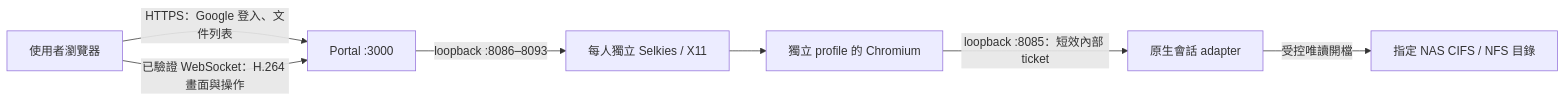
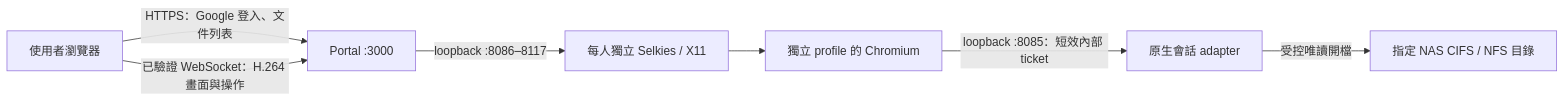
The diagram in docs/UNRAID_SELKIES.zh-TW.md (MacacaGames/OpenPencil-Viewer), drawn with Mermaid before and after one commit. The commit also changed other lines of this file and 25 other files, not shown here.

````diff
--- a/docs/UNRAID_SELKIES.zh-TW.md
+++ b/docs/UNRAID_SELKIES.zh-TW.md
@@ -49,9 +49,9 @@
 ```mermaid
 flowchart LR
   B[使用者瀏覽器] -->|HTTPS：Google 登入、文件列表| P[Portal :3000]
   B -->|已驗證 WebSocket：H.264 畫面與操作| P
-  P -->|loopback :8086–8093| S[每人獨立 Selkies / X11]
+  P -->|loopback :8086–8117| S[每人獨立 Selkies / X11]
   S --> C[獨立 profile 的 Chromium]
   C -->|loopback :8085：短效內部 ticket| A[原生會話 adapter]
   A -->|受控唯讀開檔| N[指定 NAS CIFS / NFS 目錄]
 ```
````
